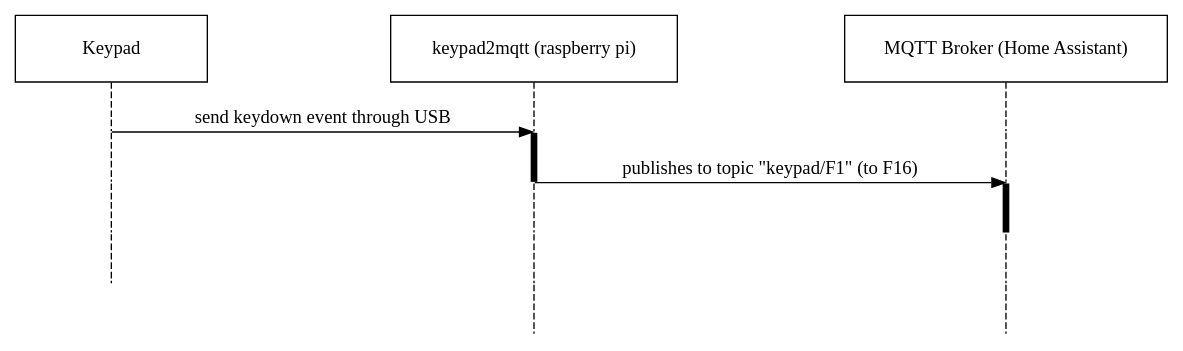
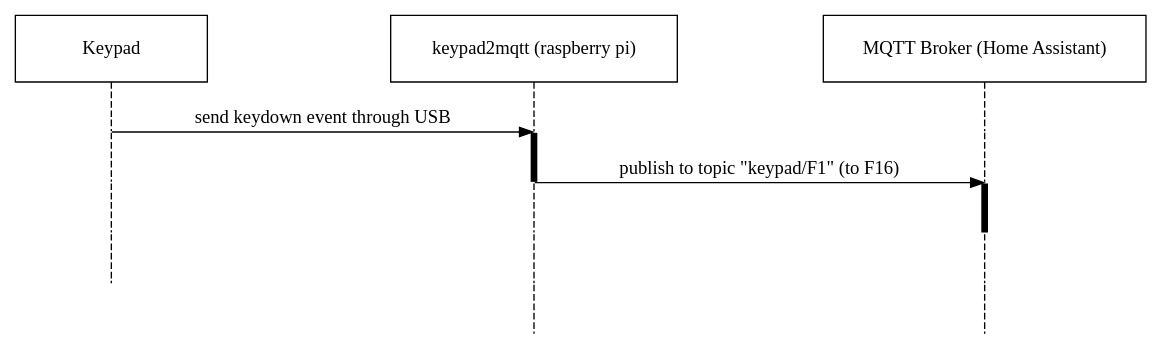
The diagram in src/graphs/keypad_sequence.dot (jrobichaud/retrogaming), drawn with Graphviz before and after one commit. The commit also changed 3 other files, not shown here.

```diff
--- a/src/graphs/keypad_sequence.dot
+++ b/src/graphs/keypad_sequence.dot
@@ -1,35 +1,35 @@
 // https://stackoverflow.com/a/59363959/2115513
 digraph SEQ_DIAGRAM {
     graph [overlap = true, splines = line, nodesep = 1.0, ordering = out];
     edge [arrowhead = none];
     node [shape = none, width = 0, height = 0, label = ""];
 
     {
         rank = same;
         node [shape = rectangle, height = 0.7, width = 2];
         keypad [label = "Keypad"];
         raspberry_pi [label = "keypad2mqtt (raspberry pi)"];
         homeassistant [label = "MQTT Broker (Home Assistant)"];
     }
     // Draw vertical lines
     {
         edge [style = dashed, weight = 6];
         keypad -> a1 -> a2 -> a3;
         a3 -> a5;
     }
     {
         edge [style = dashed, weight = 6];
         raspberry_pi -> b1
         b1 -> b2 [penwidth = 5, style = solid];
         b2 -> b3 -> b4 -> b5;
     }
     {
         edge [style = dashed, weight = 6];
         homeassistant -> c1;
         c1 -> c2;
         c2 -> c3 [penwidth = 5, style = solid];
         c3 -> c4 -> c5;
     }
     { rank = same; a1 -> b1 [label = "send keydown event through USB", arrowhead = normal]; }
-    { rank = same; b2 -> c2 [label ="publishes to topic \"keypad/F1\" (to F16)", arrowhead = normal]; }
+    { rank = same; b2 -> c2 [label ="publish to topic \"keypad/F1\" (to F16)", arrowhead = normal]; }
 }
```
